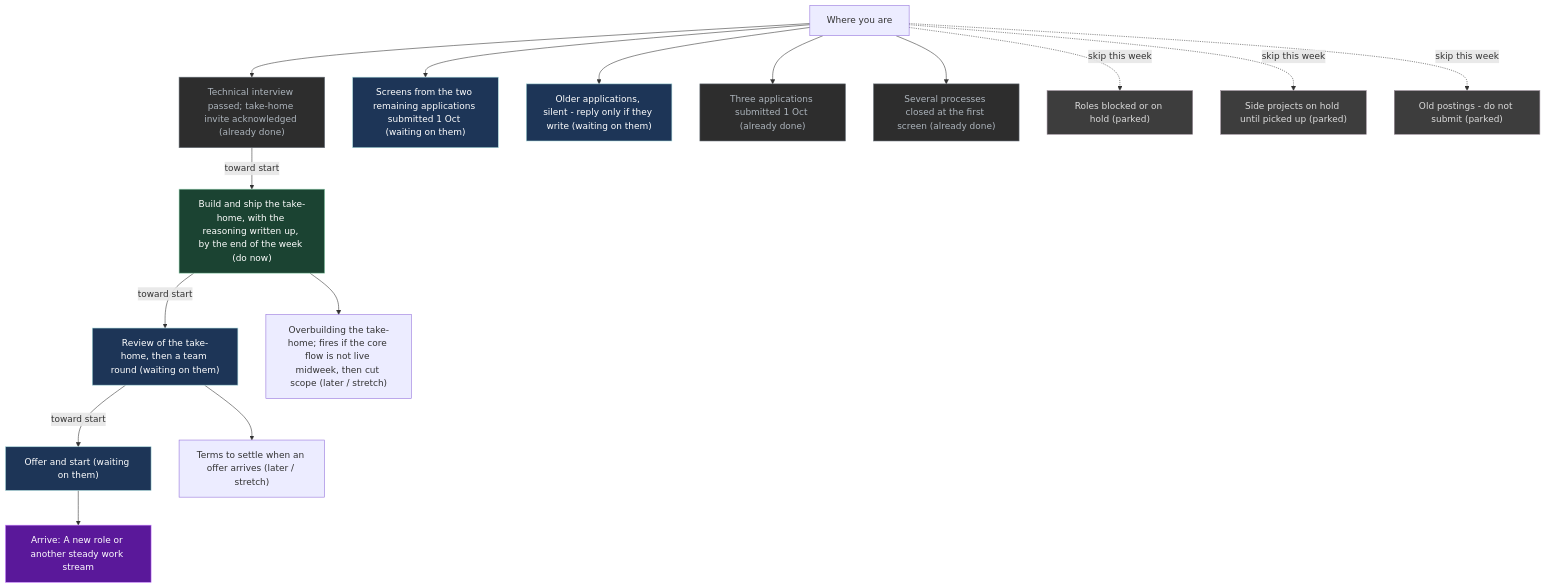
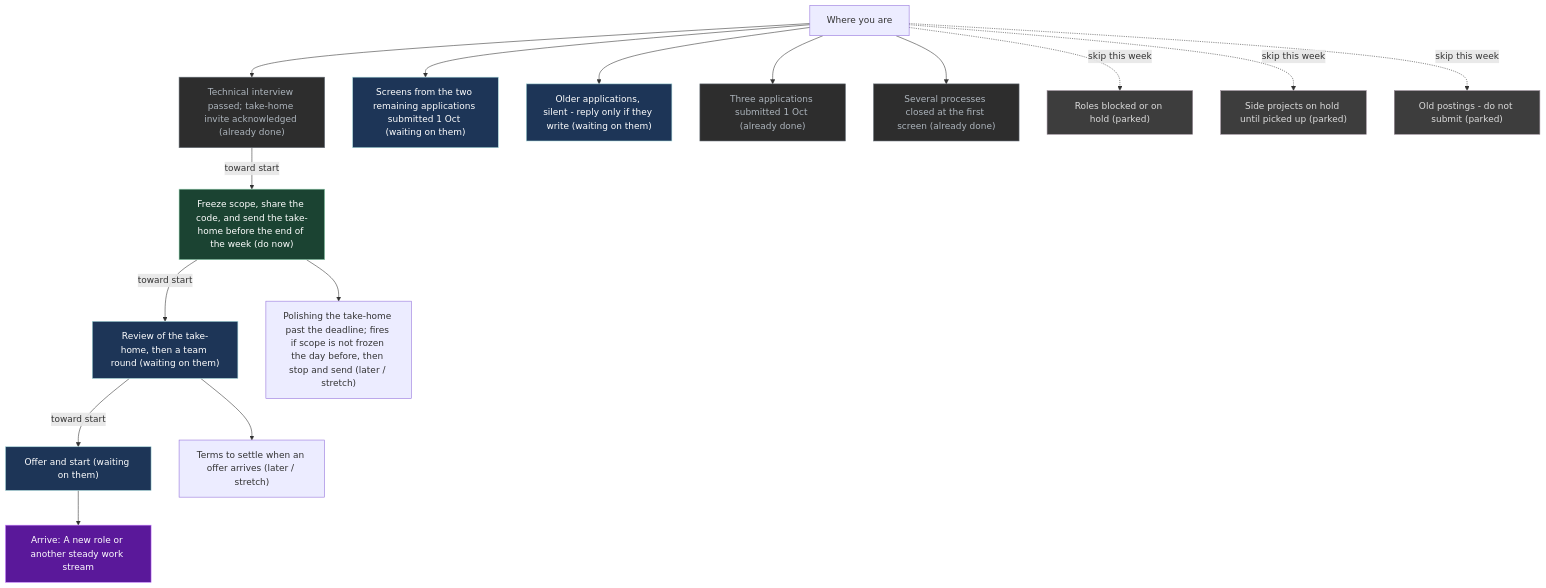
Before and after one commit to p10ns11y/life-os: the diagram in UI/Mission.md, drawn with Mermaid. The commit also changed other lines of this file, not shown here.

````diff
--- a/UI/Mission.md
+++ b/UI/Mission.md
@@ -67,42 +68,42 @@
 ```mermaid
 flowchart TB
   x["Where you are"]
   G["Arrive: A new role or another steady work stream"]
   S0["Technical interview passed; take-home invite acknowledged (already done)"]
-  S4["Build and ship the take-home, with the reasoning written up, by the end of the week (do now)"]
+  S4["Freeze scope, share the code, and send the take-home before the end of the week (do now)"]
   S4b["Review of the take-home, then a team round (waiting on them)"]
   S5["Offer and start (waiting on them)"]
   S6["Screens from the two remaining applications submitted 1 Oct (waiting on them)"]
   S1["Older applications, silent - reply only if they write (waiting on them)"]
   R1["Terms to settle when an offer arrives (later / stretch)"]
-  R2["Overbuilding the take-home; fires if the core flow is not live midweek, then cut scope (later / stretch)"]
+  R2["Polishing the take-home past the deadline; fires if scope is not frozen the day before, then stop and send (later / stretch)"]
   S3["Three applications submitted 1 Oct (already done)"]
   D1["Several processes closed at the first screen (already done)"]
   P1["Roles blocked or on hold (parked)"]
   P2["Side projects on hold until picked up (parked)"]
   P3["Old postings - do not submit (parked)"]
   x --> S0
   S0 -->|"toward start"| S4
   S4 -->|"toward start"| S4b
   S4b -->|"toward start"| S5
   x --> S6
   x --> S1
   S4b --> R1
   S4 --> R2
   x --> S3
   x --> D1
   x -.->|"skip this week"| P1
   x -.->|"skip this week"| P2
   x -.->|"skip this week"| P3
   S5 --> G
   classDef do fill:#1b4332,stroke:#95d5b2,color:#fff
   classDef wait fill:#1d3557,stroke:#a8dadc,color:#fff
   classDef park fill:#3d3d3d,stroke:#9a8c98,color:#ddd
   classDef done fill:#2d2d2d,stroke:#6c757d,color:#adb5bd
   classDef goal fill:#5a189a,stroke:#c77dff,color:#fff
   class G goal
   class S4 do
   class S4b,S5,S6,S1 wait
   class P1,P2,P3 park
   class S0,S3,D1 done
 ```
````
